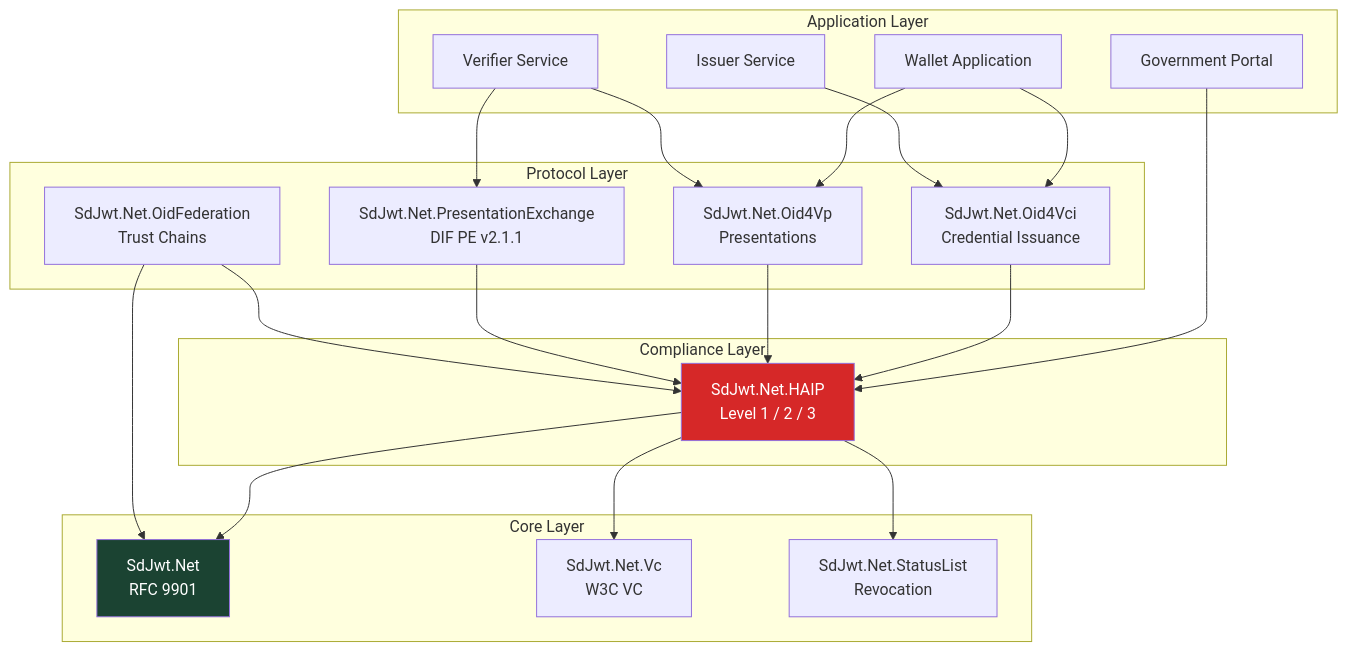
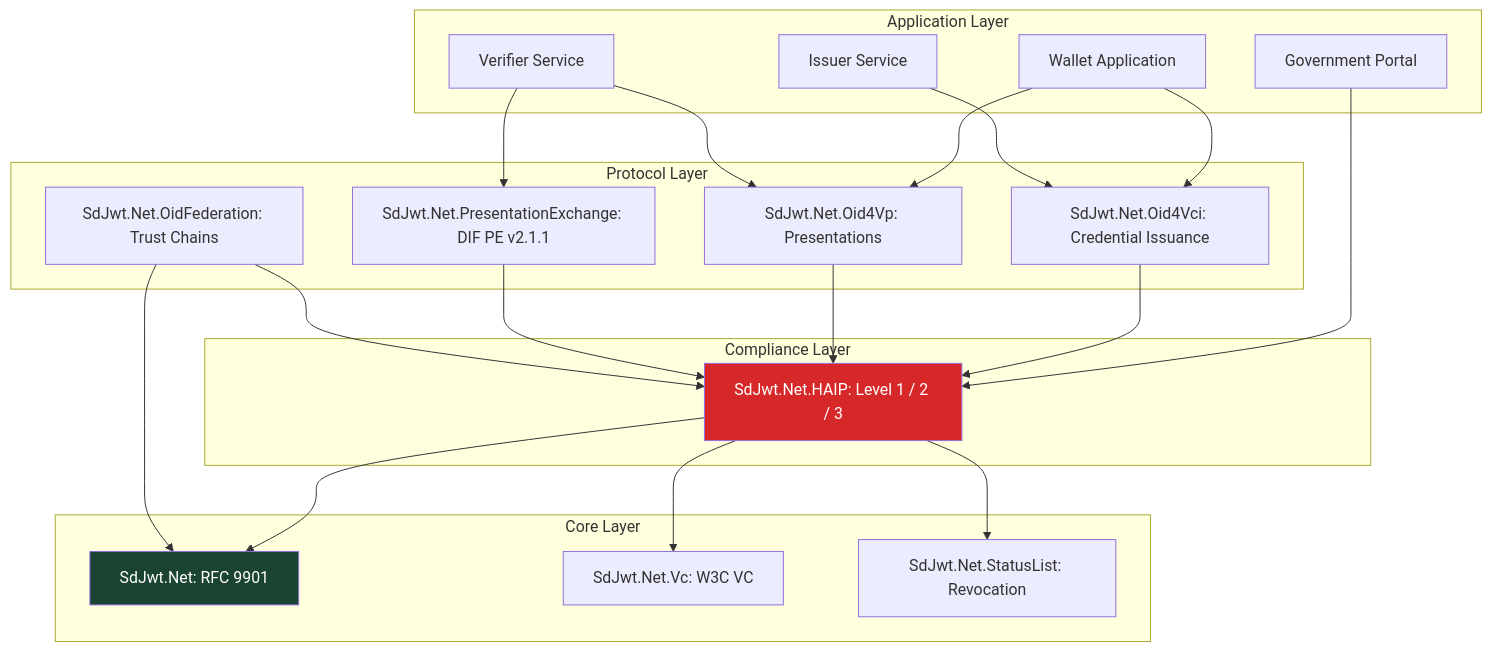
The diagram in README.md (openwallet-foundation-labs/sd-jwt-dotnet), drawn with Mermaid before and after one commit. The commit also changed other lines of this file and 28 other files, not shown here.

````diff
--- a/README.md
+++ b/README.md
@@ -141,46 +141,46 @@
 ```mermaid
 graph TB
-    subgraph "Application Layer"
+    subgraph ApplicationLayer[Application Layer]
         WalletApp[Wallet Application]
         IssuerApp[Issuer Service]
         VerifierApp[Verifier Service]
         GovApp[Government Portal]
     end
 
-    subgraph "Protocol Layer"
-        OID4VCI[SdJwt.Net.Oid4Vci<br/>Credential Issuance]
-        OID4VP[SdJwt.Net.Oid4Vp<br/>Presentations]
-        PEx[SdJwt.Net.PresentationExchange<br/>DIF PE v2.1.1]
-        OidFed[SdJwt.Net.OidFederation<br/>Trust Chains]
+    subgraph ProtocolLayer[Protocol Layer]
+        OID4VCI[SdJwt.Net.Oid4Vci: Credential Issuance]
+        OID4VP[SdJwt.Net.Oid4Vp: Presentations]
+        PEx[SdJwt.Net.PresentationExchange: DIF PE v2.1.1]
+        OidFed[SdJwt.Net.OidFederation: Trust Chains]
     end
 
-    subgraph "Compliance Layer"
-        HAIP[SdJwt.Net.HAIP<br/>Level 1 / 2 / 3]
+    subgraph ComplianceLayer[Compliance Layer]
+        HAIP[SdJwt.Net.HAIP: Level 1 / 2 / 3]
     end
 
-    subgraph "Core Layer"
-        Core[SdJwt.Net<br/>RFC 9901]
-        Vc[SdJwt.Net.Vc<br/>W3C VC]
-        Status[SdJwt.Net.StatusList<br/>Revocation]
+    subgraph CoreLayer[Core Layer]
+        Core[SdJwt.Net: RFC 9901]
+        Vc[SdJwt.Net.Vc: W3C VC]
+        Status[SdJwt.Net.StatusList: Revocation]
     end
 
     WalletApp --> OID4VP
     WalletApp --> OID4VCI
     IssuerApp --> OID4VCI
     VerifierApp --> OID4VP
     VerifierApp --> PEx
     GovApp --> HAIP
 
     OID4VCI --> HAIP
     OID4VP --> HAIP
     PEx --> HAIP
     OidFed --> HAIP
 
     HAIP --> Core
     HAIP --> Vc
     HAIP --> Status
     OidFed --> Core
 
     style HAIP fill:#d62828,color:#fff
     style Core fill:#1b4332,color:#fff
 ```
````
